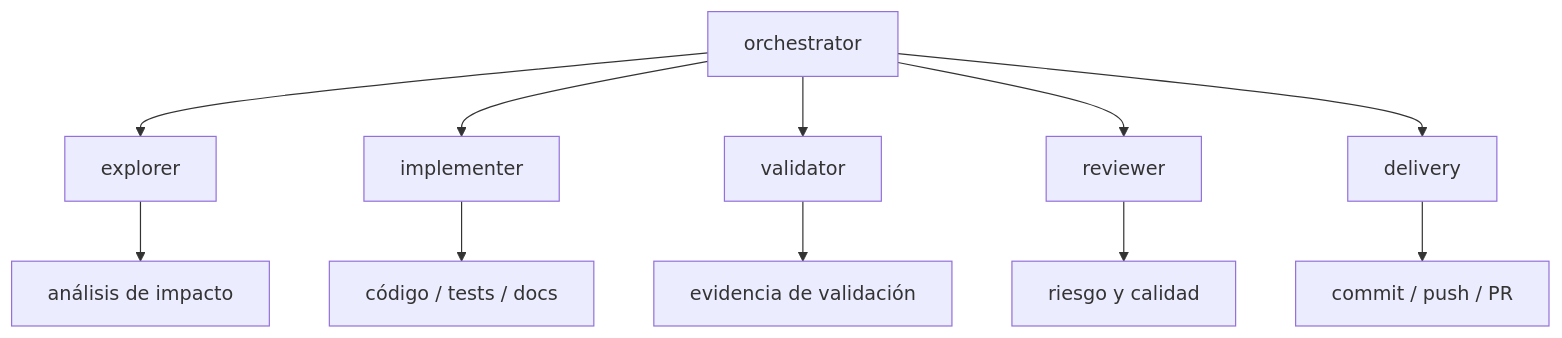
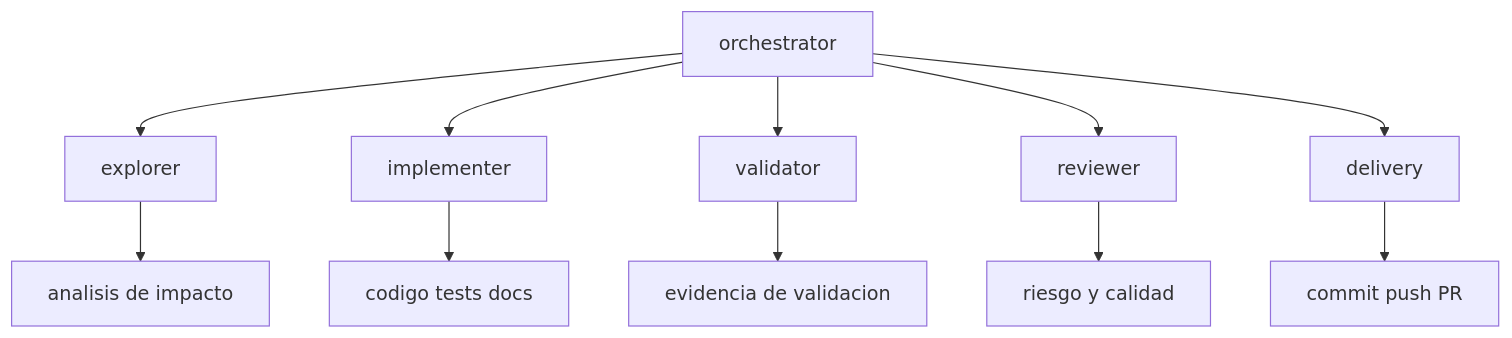
Before and after one commit to adrotech/lufy-ai: the second of 6 diagrams in README.md, drawn with Mermaid. The commit also changed other lines of this file, not shown here.

Commit message:
docs: fix README mermaid rendering

````diff
--- a/README.md
+++ b/README.md
@@ -86,14 +86,14 @@
 ```mermaid
 flowchart TD
     O["orchestrator"] --> EX["explorer"]
     O --> IM["implementer"]
     O --> VA["validator"]
     O --> RE["reviewer"]
     O --> DE["delivery"]
 
-    EX --> P1["análisis de impacto"]
-    IM --> P2["código / tests / docs"]
-    VA --> P3["evidencia de validación"]
+    EX --> P1["analisis de impacto"]
+    IM --> P2["codigo tests docs"]
+    VA --> P3["evidencia de validacion"]
     RE --> P4["riesgo y calidad"]
-    DE --> P5["commit / push / PR"]
+    DE --> P5["commit push PR"]
 ```
````
